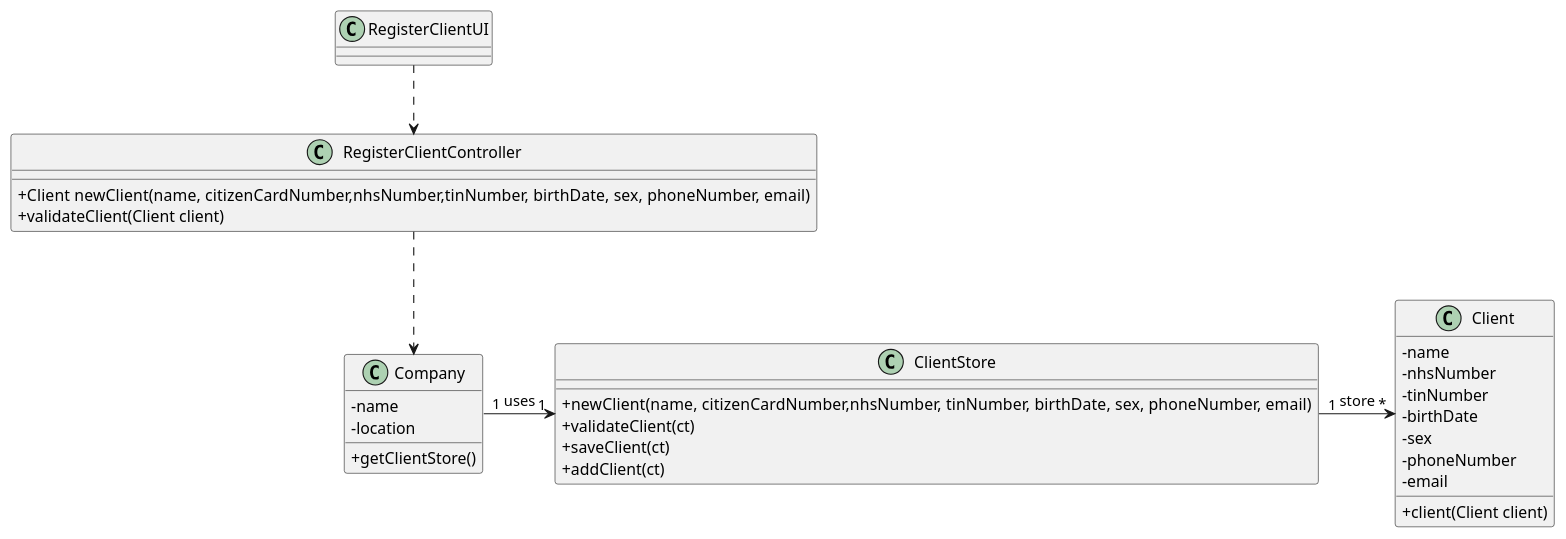
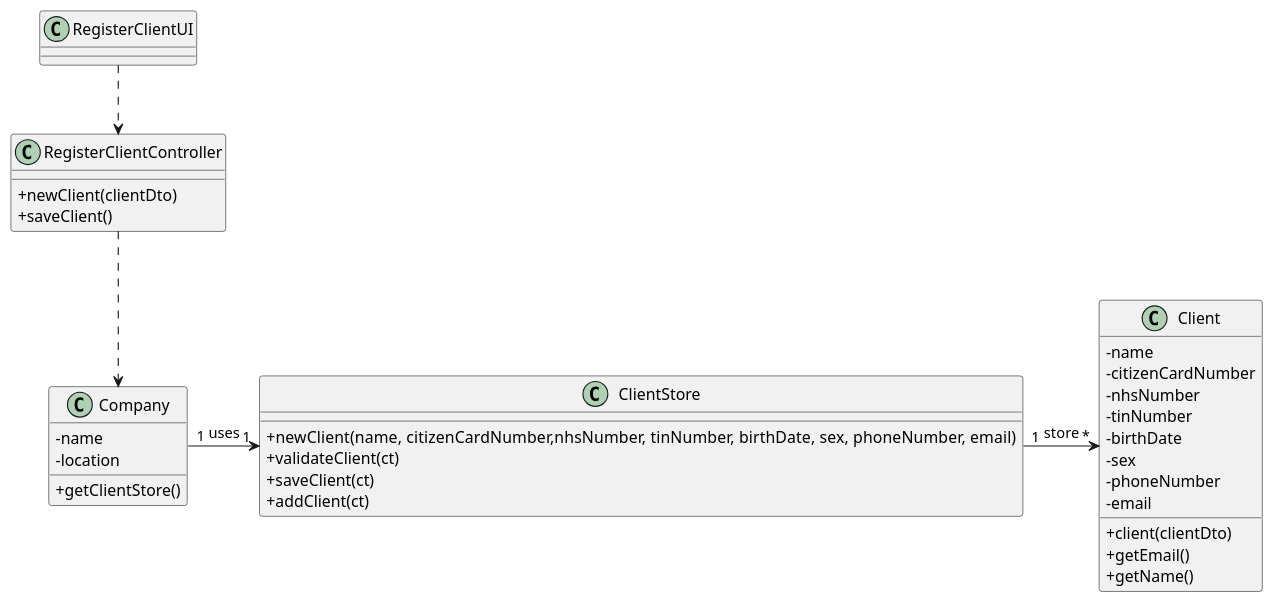
Before and after one commit to GuilhermeCunha79/lapr2: the diagram in docs/SprintC/US3/UC03_CD.puml, drawn with PlantUML. The commit also changed 9 other files, not shown here.

```diff
--- a/docs/SprintC/US3/UC03_CD.puml
+++ b/docs/SprintC/US3/UC03_CD.puml
@@ -1,44 +1,47 @@
 @startuml
 'https://plantuml.com/sequence-diagram
 skinparam classAttributeIconSize 0
 
 class RegisterClientUI
 {
 }
 
 class RegisterClientController
 {
-    +Client newClient(name, citizenCardNumber,nhsNumber,tinNumber, birthDate, sex, phoneNumber, email)
-    +validateClient(Client client)
+    +newClient(clientDto)
+    +saveClient()
 }
 
 class Client{
 	-name
+	-citizenCardNumber
     -nhsNumber
     -tinNumber
     -birthDate
     -sex
     -phoneNumber
     -email
-    +client(Client client)
+    +client(clientDto)
+    +getEmail()
+    +getName()
 }
 
 class Company{
 -name
 -location
 +getClientStore()
 }
 
 class ClientStore{
 +newClient(name, citizenCardNumber,nhsNumber, tinNumber, birthDate, sex, phoneNumber, email)
 +validateClient(ct)
 +saveClient(ct)
 +addClient(ct)
 }
 
 RegisterClientUI ..> RegisterClientController
 RegisterClientController ..> Company
 Company"1" -> "1"ClientStore : uses
 ClientStore"1" ->"*" Client : store
 
 @enduml
```
